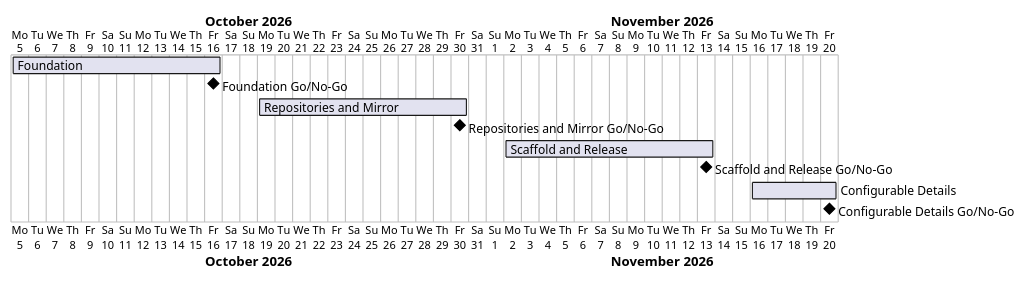
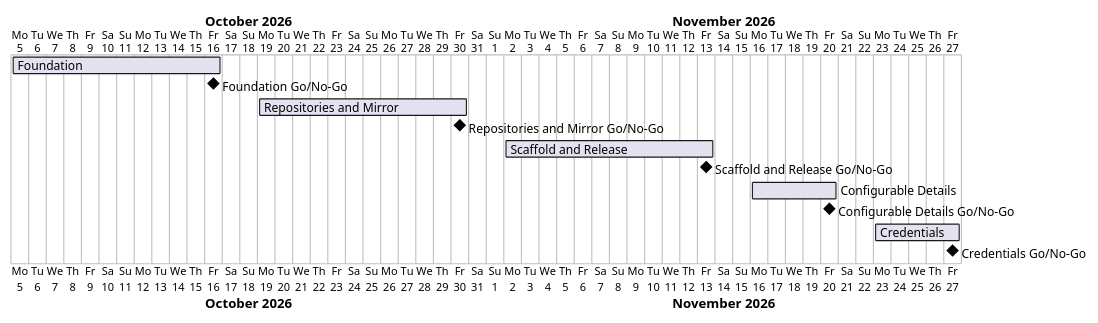
One commit to TirSystem-BashScript/RepoFoundry changed the diagram in docs/project-plan.md. Above: the diagram before and after it, drawn with PlantUML. The commit also changed other lines of this file and 16 other files, not shown here.

````diff
--- a/docs/project-plan.md
+++ b/docs/project-plan.md
@@ -37,13 +38,15 @@
 ```plantuml
 @startgantt
 Project starts 2026-10-05
 [Foundation] starts 2026-10-05 and ends 2026-10-16
 [Foundation Go/No-Go] happens 2026-10-16
 [Repositories and Mirror] starts 2026-10-19 and ends 2026-10-30
 [Repositories and Mirror Go/No-Go] happens 2026-10-30
 [Scaffold and Release] starts 2026-11-02 and ends 2026-11-13
 [Scaffold and Release Go/No-Go] happens 2026-11-13
 [Configurable Details] starts 2026-11-16 and ends 2026-11-20
 [Configurable Details Go/No-Go] happens 2026-11-20
+[Credentials] starts 2026-11-23 and ends 2026-11-27
+[Credentials Go/No-Go] happens 2026-11-27
 @endgantt
 ```
````
